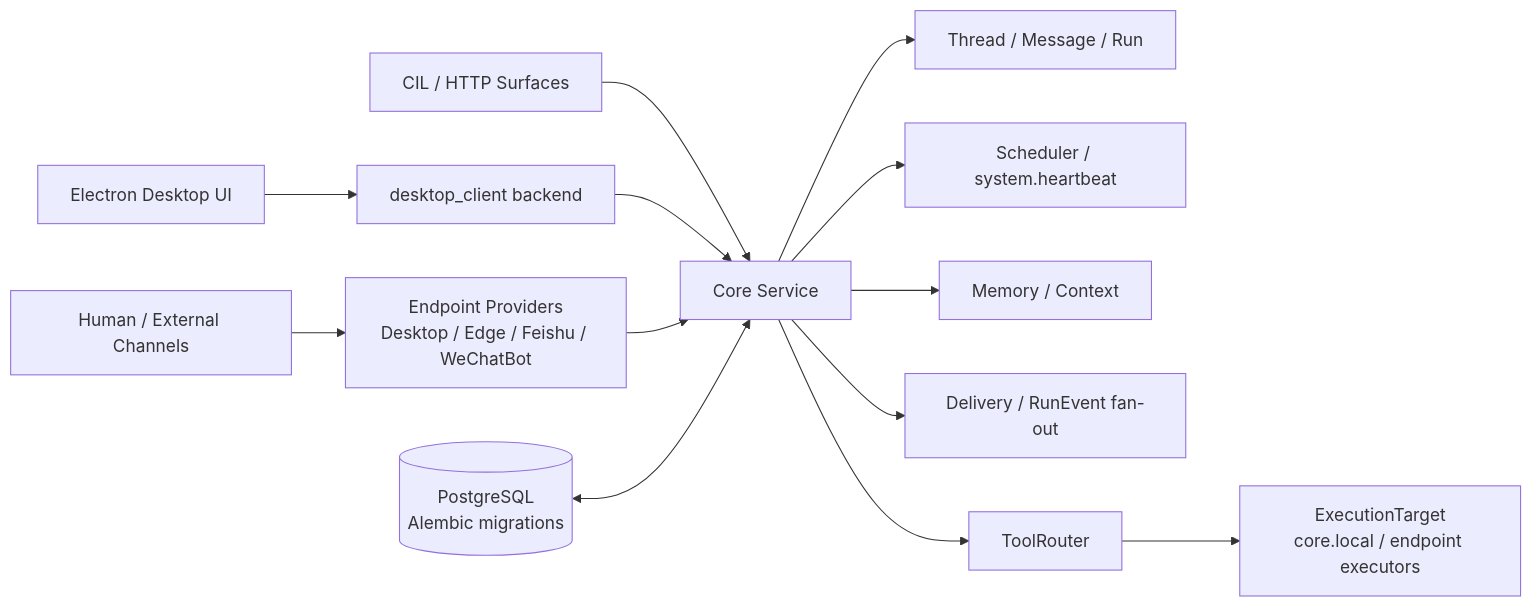
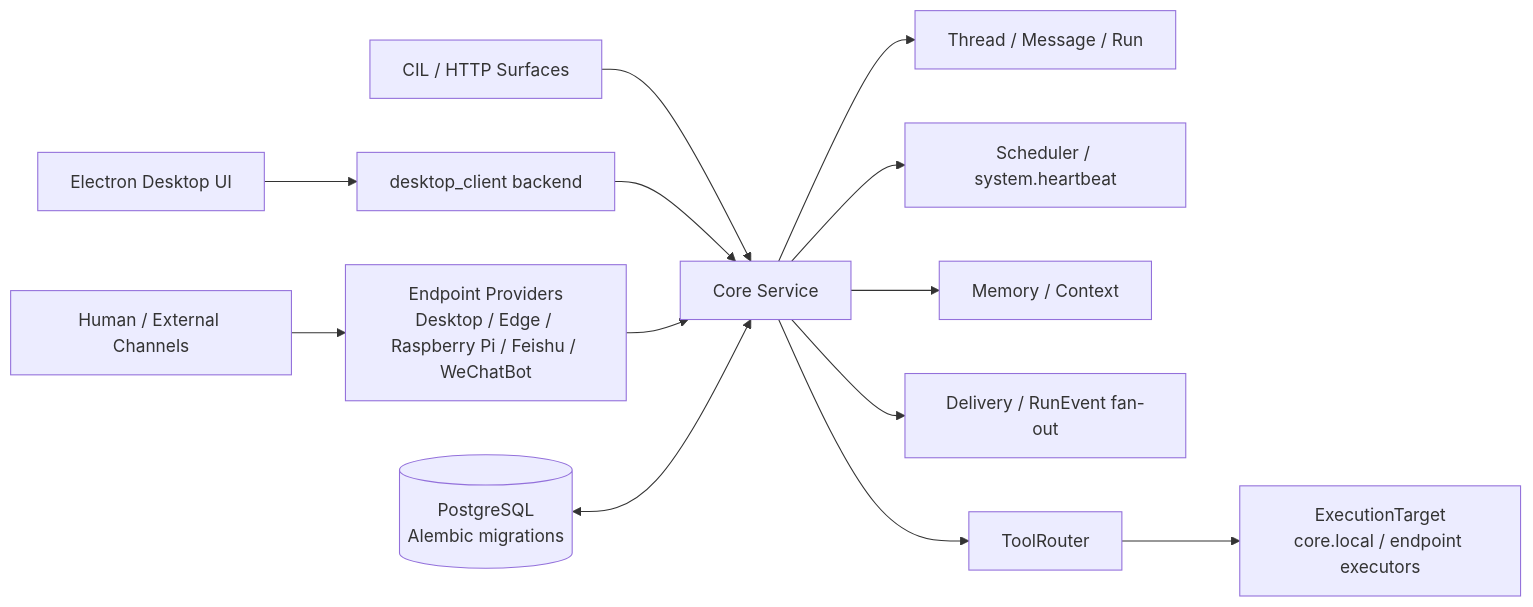
Before and after one commit to CodeMzt/MeetYou: the diagram in README.md, drawn with Mermaid. The commit also changed other lines of this file and 42 other files, not shown here.

Commit message:
Add Raspberry Pi endpoint provider MVP

````diff
--- a/README.md
+++ b/README.md
@@ -9,17 +9,17 @@
 ```mermaid
 flowchart LR
-    Human["Human / External Channels"] --> Providers["Endpoint Providers<br/>Desktop / Edge / Feishu / WeChatBot"]
+    Human["Human / External Channels"] --> Providers["Endpoint Providers<br/>Desktop / Edge / Raspberry Pi / Feishu / WeChatBot"]
     UI["Electron Desktop UI"] --> Desktop["desktop_client backend"]
     CIL["CIL / HTTP Surfaces"] --> Core["Core Service"]
     Desktop --> Core
     Providers --> Core
 
     Core --> Thread["Thread / Message / Run"]
     Core --> Scheduler["Scheduler / system.heartbeat"]
     Core --> Memory["Memory / Context"]
     Core --> Delivery["Delivery / RunEvent fan-out"]
     Core --> Router["ToolRouter"]
     Router --> Targets["ExecutionTarget<br/>core.local / endpoint executors"]
 
     Store[(PostgreSQL<br/>Alembic migrations)] <--> Core
 ```
````
